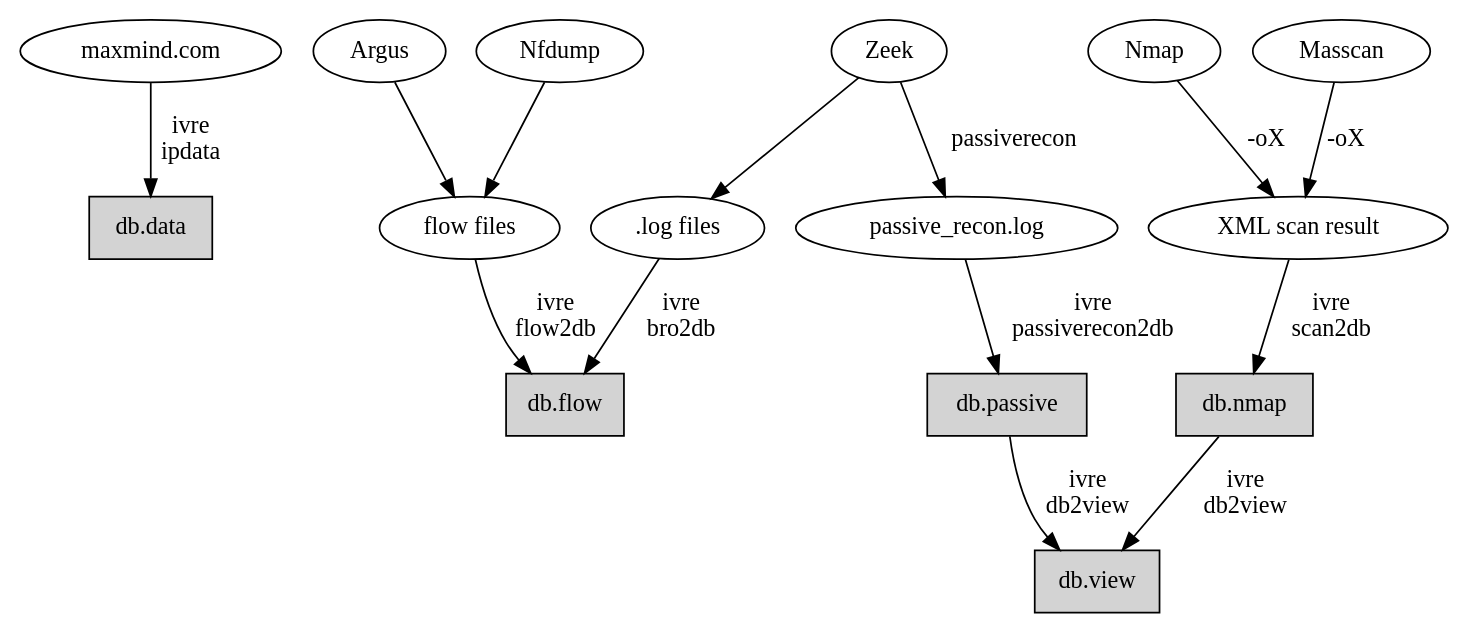
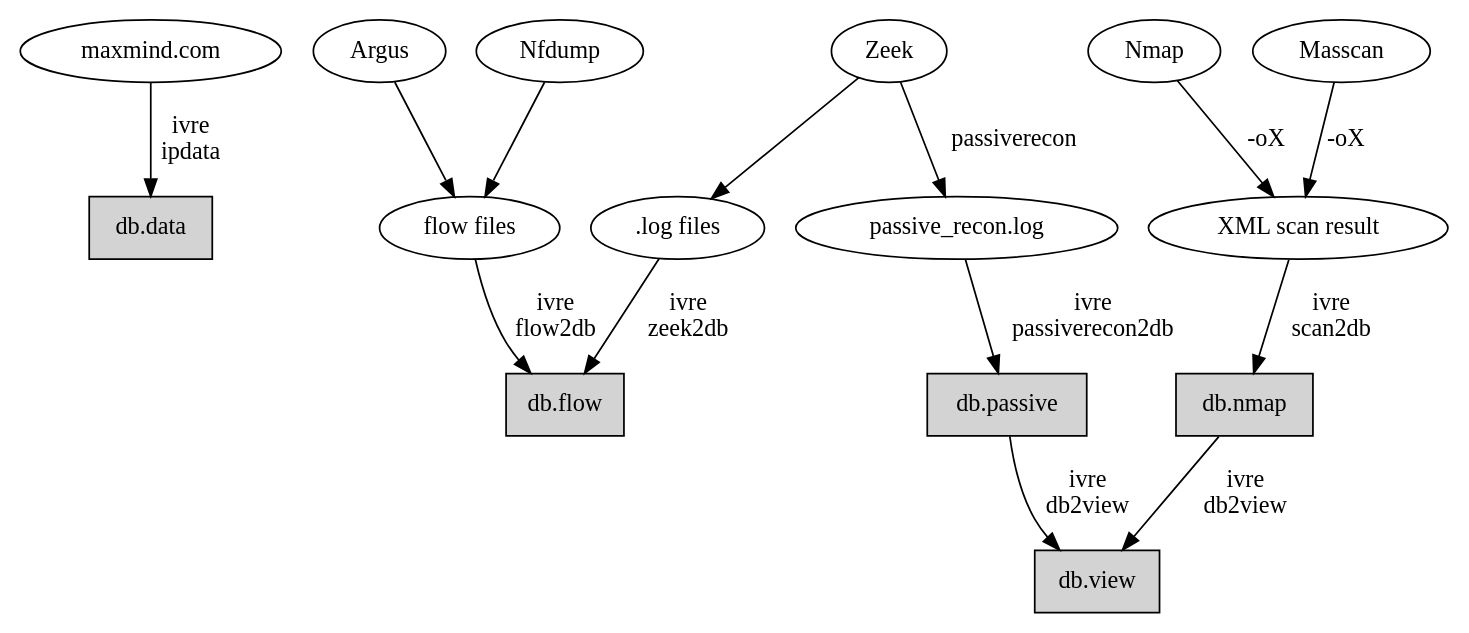
The first of 3 diagrams in doc/overview/principles.rst (ivre/ivre), drawn with Graphviz before and after one commit. The commit also changed 16 other files, not shown here.

```diff
--- a/doc/overview/principles.rst
+++ b/doc/overview/principles.rst
@@ -69,27 +69,27 @@
 .. graphviz::
 
    digraph {
       "maxmind.com";
       FLOWS [label="flow files"];
       FLOW_LOG [label=".log files"];
       PASS_LOG [label="passive_recon.log"];
       XML [label="XML scan result"];
       db_data [label="db.data" shape="box" style="filled"];
       db_flow [label="db.flow" shape="box" style="filled"];
       db_passive [label="db.passive" shape="box" style="filled"];
       db_nmap [label="db.nmap" shape="box" style="filled"];
       db_view [label="db.view" shape="box" style="filled"];
       "maxmind.com" -> db_data [label="ivre\nipdata"];
       "Argus" -> FLOWS;
       "Nfdump" -> FLOWS;
       "Zeek" -> FLOW_LOG;
       "Zeek" -> PASS_LOG [label="passiverecon"];
       FLOWS -> db_flow [label="ivre\nflow2db"];
       "Nmap" -> XML [label="-oX"];
       "Masscan" -> XML [label="-oX"];
-      FLOW_LOG -> db_flow [label="ivre\nbro2db"];
+      FLOW_LOG -> db_flow [label="ivre\nzeek2db"];
       PASS_LOG -> db_passive [label="ivre\npassiverecon2db"];
       XML -> db_nmap [label="ivre\nscan2db"];
       db_passive -> db_view [label="ivre\ndb2view"];
       db_nmap -> db_view [label="ivre\ndb2view"];
    }
```
